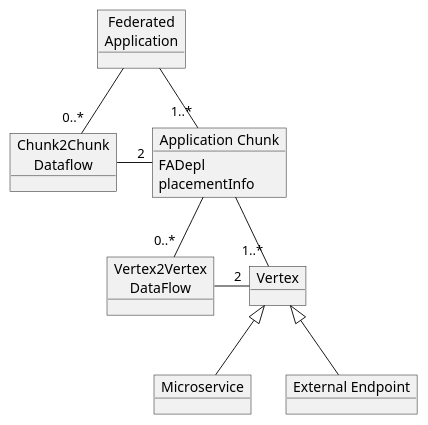
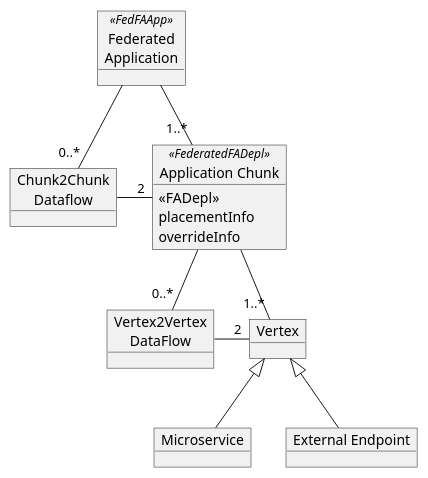
The diagram in docs/diagrams/fogatlas-federated-app.puml (fogatlas-legacy/crd-client-go), drawn with PlantUML before and after one commit. The commit also changed 61 other files, not shown here.

```diff
--- a/docs/diagrams/fogatlas-federated-app.puml
+++ b/docs/diagrams/fogatlas-federated-app.puml
@@ -1,28 +1,29 @@
 @startuml
 skinparam monochrome true
 'legend top left
 'Data model style
 'Generalization style
 'end legend
 
-Object "Application Chunk" as AppChunk
+Object "Application Chunk" as AppChunk <<FederatedFADepl>>
 Object "Chunk2Chunk\nDataflow" as C2CDF
 
 Object Microservice
-Object "Federated\nApplication" as FedApp
+Object "Federated\nApplication"  as FedApp <<FedFAApp>>
 Object "Vertex2Vertex\nDataFlow" as V2VDF
 Object Vertex
 Object "External Endpoint" as ExternalEndpoint
 
-AppChunk : FADepl
+AppChunk : <<FADepl>>
 AppChunk : placementInfo
+AppChunk : overrideInfo
 
 FedApp -- "1..*" AppChunk
 FedApp -- "0..*" C2CDF
 C2CDF -right-- "2" AppChunk
 AppChunk -- "1..*" Vertex
 AppChunk -- "0..*" V2VDF
 Vertex <|-- ExternalEndpoint
 Vertex <|-- Microservice
 V2VDF -right-- "2" Vertex
 @enduml
```
